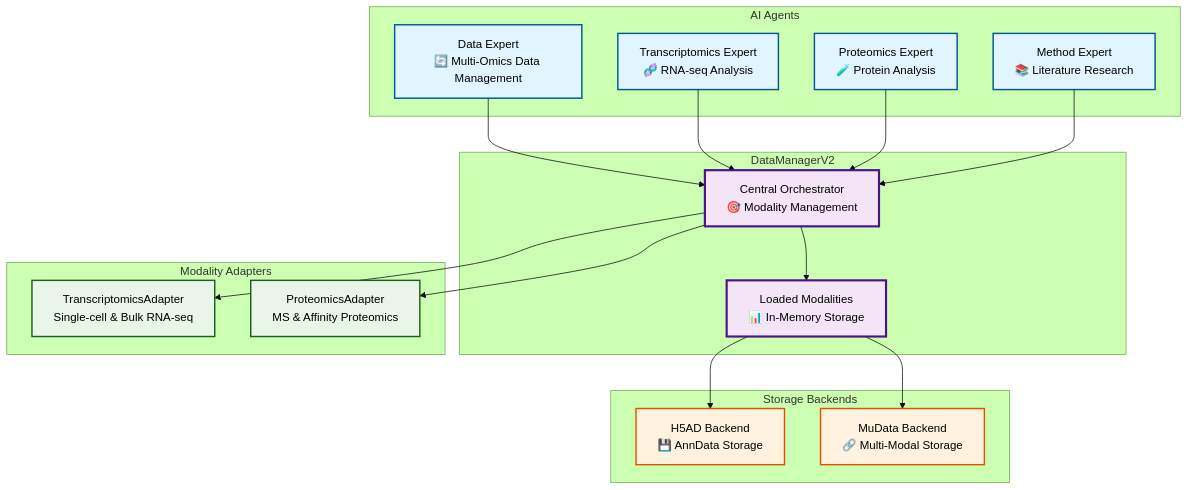
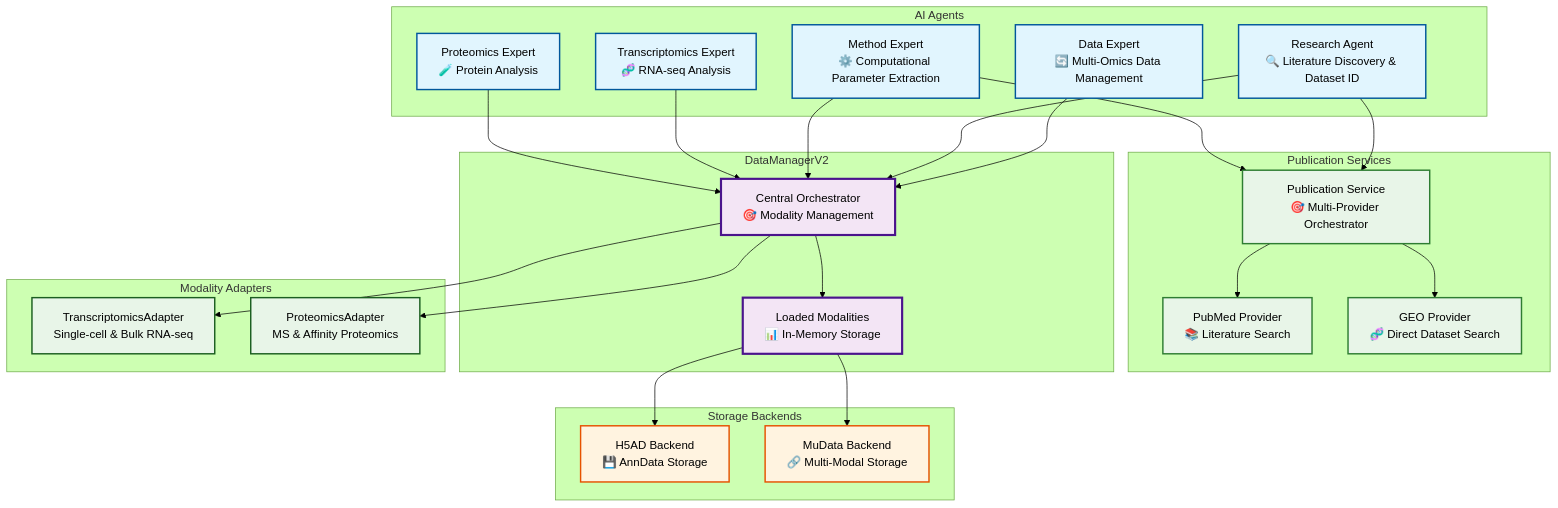
The diagram in README.md (the-omics-os/lobster-local), drawn with Mermaid (forest theme) before and after one commit. The commit also changed other lines of this file and 20 other files, not shown here.

````diff
--- a/README.md
+++ b/README.md
@@ -157,46 +157,61 @@
 ```mermaid
 graph TB
     subgraph "AI Agents"
         DE[Data Expert<br/>🔄 Multi-Omics Data Management]
+        RA[Research Agent<br/>🔍 Literature Discovery & Dataset ID]
+        ME[Method Expert<br/>⚙️ Computational Parameter Extraction]
         TE[Transcriptomics Expert<br/>🧬 RNA-seq Analysis]  
         PE[Proteomics Expert<br/>🧪 Protein Analysis]
-        ME[Method Expert<br/>📚 Literature Research]
+    end
+
+    subgraph "Publication Services"
+        PS[Publication Service<br/>🎯 Multi-Provider Orchestrator]
+        PP[PubMed Provider<br/>📚 Literature Search]
+        GP[GEO Provider<br/>🧬 Direct Dataset Search]
     end
 
     subgraph "DataManagerV2"
         DM2[Central Orchestrator<br/>🎯 Modality Management]
         MODS[Loaded Modalities<br/>📊 In-Memory Storage]
     end
 
     subgraph "Modality Adapters"
         TRA[TranscriptomicsAdapter<br/>Single-cell & Bulk RNA-seq]
         PRA[ProteomicsAdapter<br/>MS & Affinity Proteomics]
     end
 
     subgraph "Storage Backends"
         H5BE[H5AD Backend<br/>💾 AnnData Storage]
         MUBE[MuData Backend<br/>🔗 Multi-Modal Storage]
     end
 
     DE --> DM2
+    RA --> PS
+    RA --> DM2
+    ME --> PS
+    ME --> DM2
     TE --> DM2
     PE --> DM2
-    ME --> DM2
+    
+    PS --> PP
+    PS --> GP
     
     DM2 --> TRA
     DM2 --> PRA
     DM2 --> MODS
     
     MODS --> H5BE
     MODS --> MUBE
 
     classDef agent fill:#e1f5fe,stroke:#01579b,stroke-width:2px
     classDef orchestrator fill:#f3e5f5,stroke:#4a148c,stroke-width:3px
+    classDef service fill:#e8f5e8,stroke:#2e7d32,stroke-width:2px
     classDef adapter fill:#e8f5e8,stroke:#1b5e20,stroke-width:2px
     classDef backend fill:#fff3e0,stroke:#e65100,stroke-width:2px
 
-    class DE,TE,PE,ME agent
+    class DE,RA,ME,TE,PE agent
     class DM2,MODS orchestrator
+    class PS,PP,GP service
     class TRA,PRA adapter
     class H5BE,MUBE backend
 ```
````
